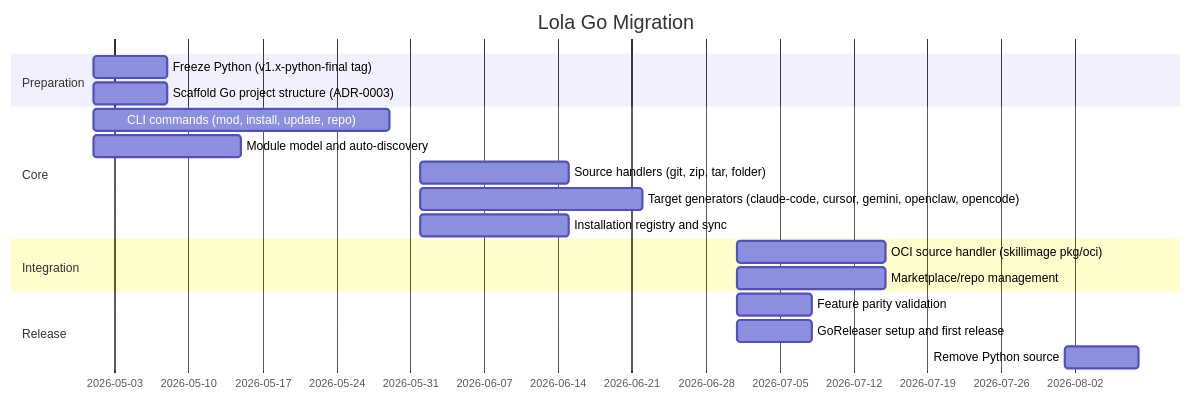
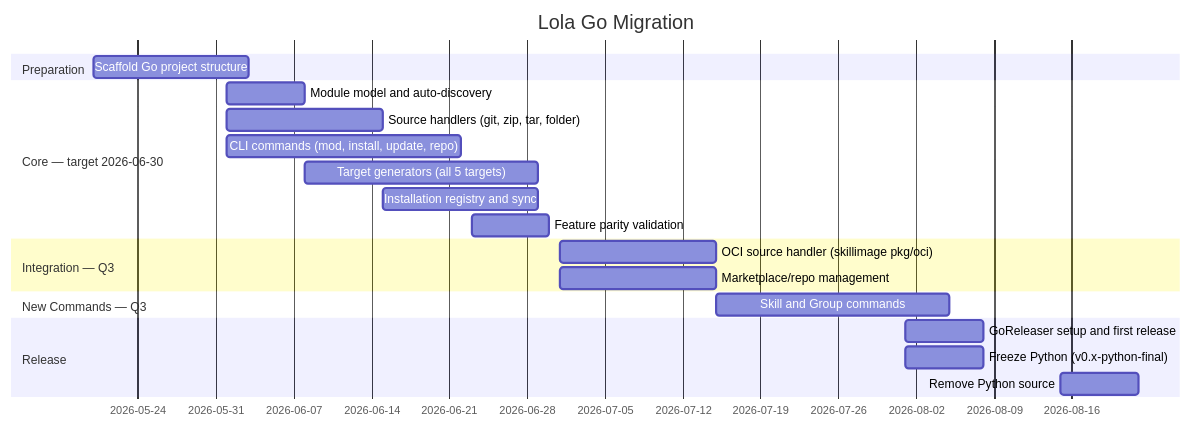
Before and after one commit to LobsterTrap/lola: the diagram in docs/dev-guide/design/go-migration.md, drawn with Mermaid. The commit also changed other lines of this file, not shown here.

Commit message:
docs(design): update timeline and coexistence strategy

````diff
--- a/docs/dev-guide/design/go-migration.md
+++ b/docs/dev-guide/design/go-migration.md
@@ -7,21 +7,23 @@
 ```mermaid
 gantt
     title Lola Go Migration
-    dateFormat YYYY-MM
+    dateFormat YYYY-MM-DD
     section Preparation
-        Freeze Python (v1.x-python-final tag)   :2026-05, 1w
-        Scaffold Go project structure (ADR-0003) :2026-05, 1w
-    section Core
-        CLI commands (mod, install, update, repo) :2026-05, 4w
-        Module model and auto-discovery           :2026-05, 2w
-        Source handlers (git, zip, tar, folder)    :2026-06, 2w
-        Target generators (claude-code, cursor, gemini, openclaw, opencode) :2026-06, 3w
-        Installation registry and sync             :2026-06, 2w
-    section Integration
-        OCI source handler (skillimage pkg/oci)   :2026-07, 2w
-        Marketplace/repo management               :2026-07, 2w
+        Scaffold Go project structure           :2026-05-20, 2w
+    section Core — target 2026-06-30
+        Module model and auto-discovery         :2026-06-01, 1w
+        Source handlers (git, zip, tar, folder) :2026-06-01, 2w
+        CLI commands (mod, install, update, repo) :2026-06-01, 3w
+        Target generators (all 5 targets)       :2026-06-08, 3w
+        Installation registry and sync          :2026-06-15, 2w
+        Feature parity validation               :2026-06-23, 1w
+    section Integration — Q3
+        OCI source handler (skillimage pkg/oci) :2026-07-01, 2w
+        Marketplace/repo management             :2026-07-01, 2w
+    section New Commands — Q3
+        Skill and Group commands                :2026-07-15, 3w
     section Release
-        Feature parity validation                  :2026-07, 1w
-        GoReleaser setup and first release         :2026-07, 1w
-        Remove Python source                       :2026-08, 1w
+        GoReleaser setup and first release      :2026-08-01, 1w
+        Freeze Python (v0.x-python-final)       :2026-08-01, 1w
+        Remove Python source                    :2026-08-15, 1w
 ```
````
